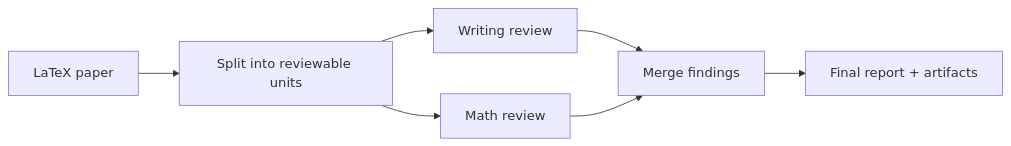
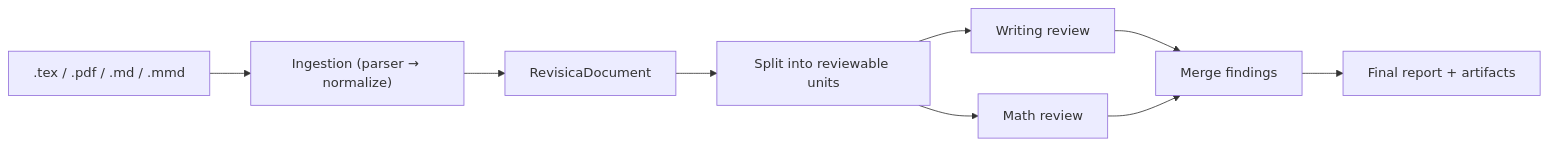
One commit to yangzichao/Revisica changed the first of 5 diagrams in docs/current-architecture.md. Above: the diagram before and after it, drawn with Mermaid. The commit also changed other lines of this file and 5 other files, not shown here.

Commit message:
Update docs for completed ingestion layer: spec, learning, architecture, TODO, CLAUDE.md

````diff
--- a/docs/current-architecture.md
+++ b/docs/current-architecture.md
@@ -15,9 +15,11 @@
 ```mermaid
 flowchart LR
-    PAPER["LaTeX paper"] --> SPLIT["Split into reviewable units"]
+    INPUT[".tex / .pdf / .md / .mmd"] --> INGEST["Ingestion (parser → normalize)"]
+    INGEST --> DOC["RevisicaDocument"]
+    DOC --> SPLIT["Split into reviewable units"]
     SPLIT --> WRITE["Writing review"]
     SPLIT --> MATH["Math review"]
     WRITE --> MERGE["Merge findings"]
     MATH --> MERGE
     MERGE --> REPORT["Final report + artifacts"]
 ```
````
